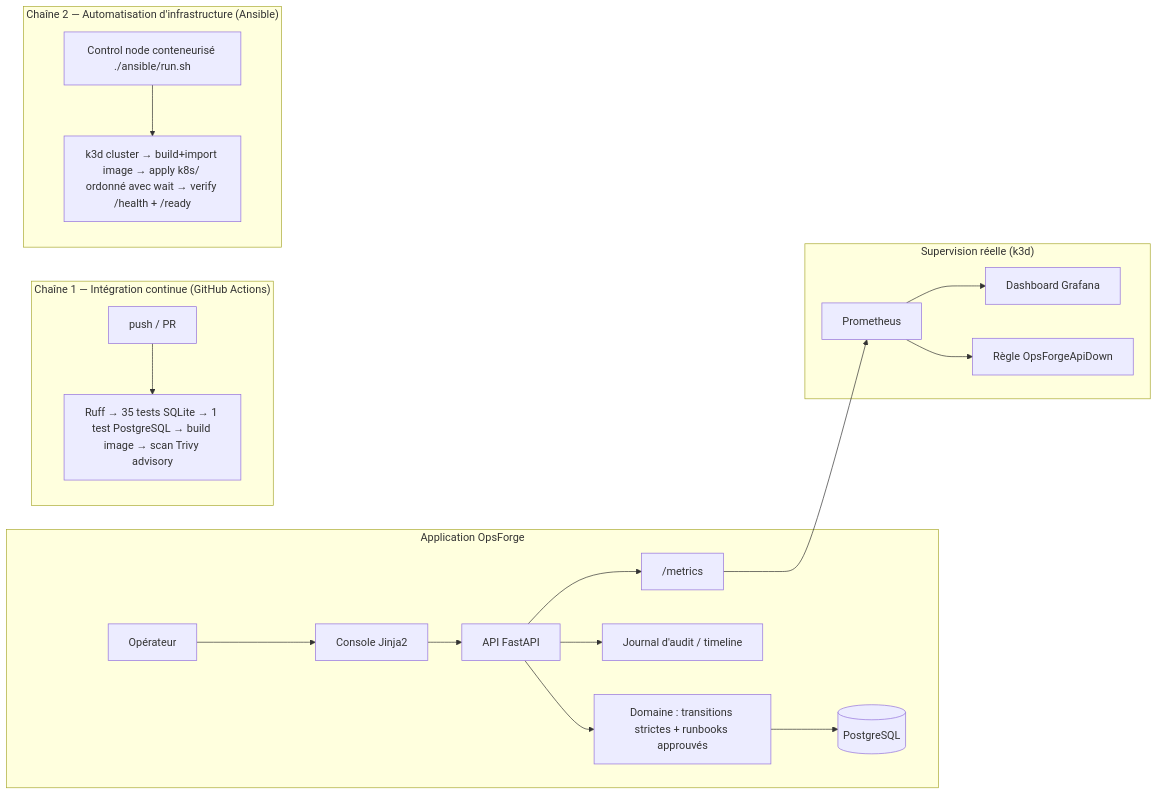
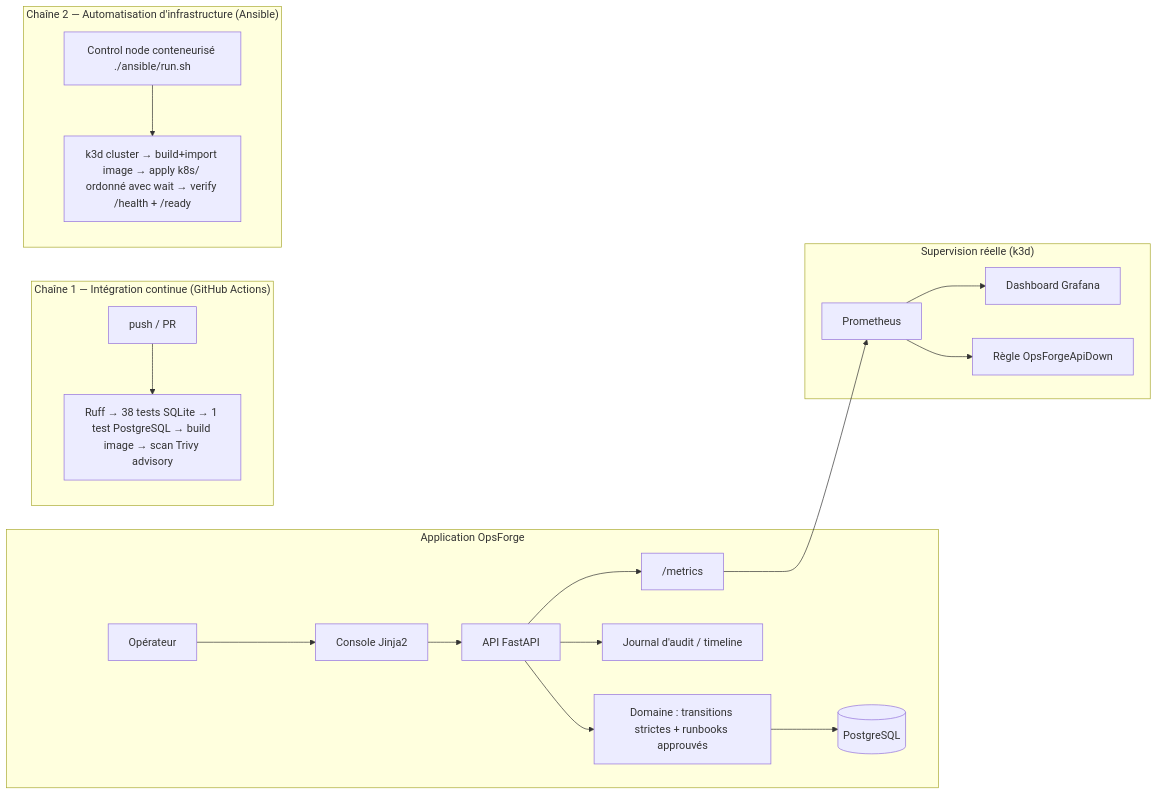
One commit to ThDyllan/opsforge changed the first of 2 diagrams in deliverables/DOSSIER_FIL_ROUGE_OPSFORGE.md. Above: the diagram before and after it, drawn with Mermaid. The commit also changed other lines of this file and 5 other files, not shown here.

````diff
--- a/deliverables/DOSSIER_FIL_ROUGE_OPSFORGE.md
+++ b/deliverables/DOSSIER_FIL_ROUGE_OPSFORGE.md
@@ -180,25 +180,25 @@
 ```mermaid
 flowchart LR
     subgraph App["Application OpsForge"]
         User[Opérateur] --> Web[Console Jinja2]
         Web --> API[API FastAPI]
         API --> Domain[Domaine : transitions strictes + runbooks approuvés]
         Domain --> DB[(PostgreSQL)]
         API --> Audit[Journal d'audit / timeline]
         API --> Metrics["/metrics"]
     end
 
     subgraph Supervision["Supervision réelle (k3d)"]
         Metrics --> Prometheus[Prometheus]
         Prometheus --> Grafana[Dashboard Grafana]
         Prometheus --> Rule[Règle OpsForgeApiDown]
     end
 
     subgraph CI["Chaîne 1 — Intégration continue (GitHub Actions)"]
-        Push[push / PR] --> Pipeline[Ruff → 35 tests SQLite → 1 test PostgreSQL → build image → scan Trivy advisory]
+        Push[push / PR] --> Pipeline[Ruff → 38 tests SQLite → 1 test PostgreSQL → build image → scan Trivy advisory]
     end
 
     subgraph Infra["Chaîne 2 — Automatisation d'infrastructure (Ansible)"]
         RunSh[Control node conteneurisé ./ansible/run.sh] --> Steps[k3d cluster → build+import image → apply k8s/ ordonné avec wait → verify /health + /ready]
     end
 ```
````
